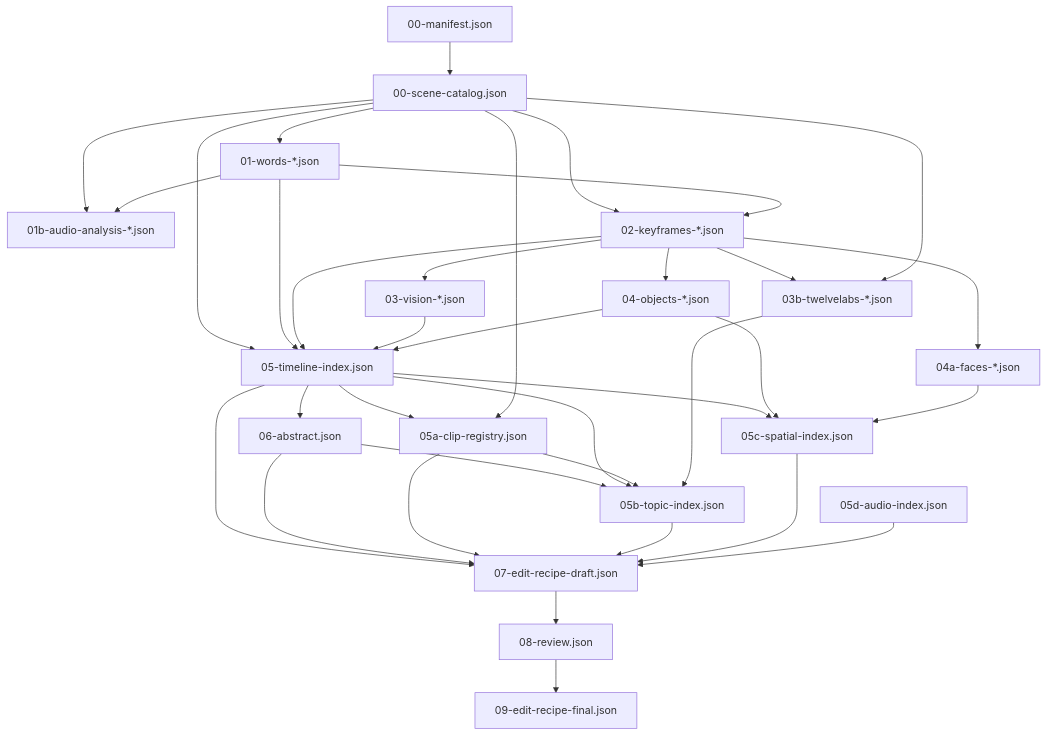
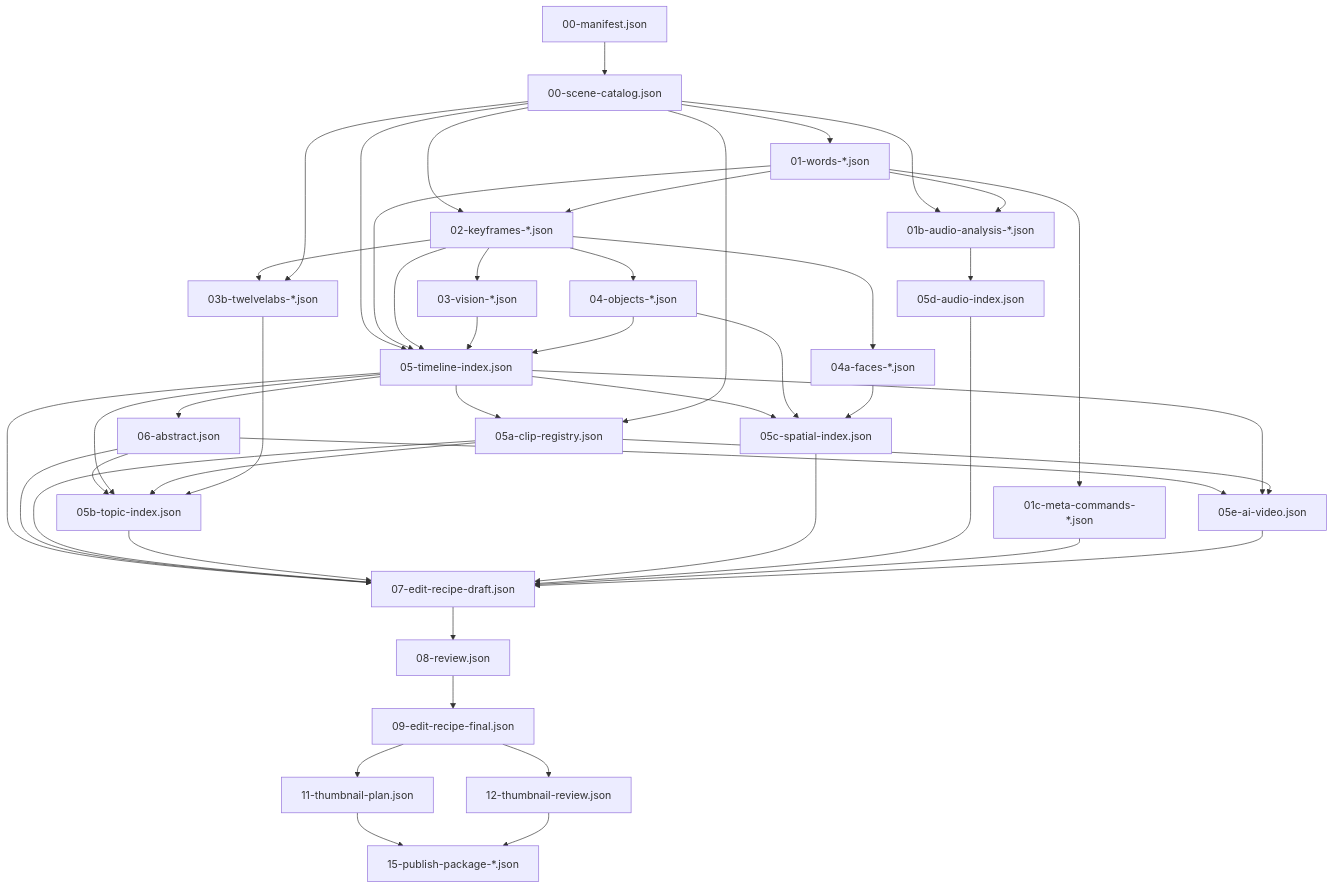
The diagram in docs/PIPELINE.md (p-zielinski/video-editing-agent), drawn with Mermaid before and after one commit. The commit also changed other lines of this file and 307 other files, not shown here.

````diff
--- a/docs/PIPELINE.md
+++ b/docs/PIPELINE.md
@@ -46,56 +99,72 @@
 ```mermaid
 flowchart TD
   manifest["00-manifest.json"]
   catalog["00-scene-catalog.json"]
   words["01-words-*.json"]
+  metaCmd["01c-meta-commands-*.json"]
   audioAnalysis["01b-audio-analysis-*.json"]
   keyframes["02-keyframes-*.json"]
   twelvelabs["03b-twelvelabs-*.json"]
   vision["03-vision-*.json"]
   objects["04-objects-*.json"]
   faces["04a-faces-*.json"]
   timeline["05-timeline-index.json"]
   clipReg["05a-clip-registry.json"]
   abstract["06-abstract.json"]
   topic["05b-topic-index.json"]
   spatial["05c-spatial-index.json"]
   audioIdx["05d-audio-index.json"]
+  aiVideo["05e-ai-video.json"]
   draft["07-edit-recipe-draft.json"]
   review["08-review.json"]
   final["09-edit-recipe-final.json"]
+  thumbPlan["11-thumbnail-plan.json"]
+  thumbReview["12-thumbnail-review.json"]
+  publishPkg["15-publish-package-*.json"]
 
   manifest --> catalog
   catalog --> words
+  words --> metaCmd
   catalog --> audioAnalysis
   words --> audioAnalysis
+  audioAnalysis --> audioIdx
   catalog --> keyframes
   words --> keyframes
   keyframes --> twelvelabs
   catalog --> twelvelabs
   keyframes --> vision
   keyframes --> objects
   keyframes --> faces
   catalog --> timeline
   words --> timeline
   keyframes --> timeline
   vision --> timeline
   objects --> timeline
   timeline --> clipReg
   catalog --> clipReg
   timeline --> abstract
   abstract --> topic
   timeline --> topic
   clipReg --> topic
   twelvelabs --> topic
   timeline --> spatial
   objects --> spatial
   faces --> spatial
+  abstract --> aiVideo
+  timeline --> aiVideo
+  clipReg --> aiVideo
   timeline --> draft
   abstract --> draft
   clipReg --> draft
   topic --> draft
   spatial --> draft
   audioIdx --> draft
+  metaCmd --> draft
+  aiVideo --> draft
   draft --> review
   review --> final
+  final --> thumbPlan
+  final --> thumbReview
+  thumbPlan --> publishPkg
+  thumbReview --> publishPkg
 ```
````
